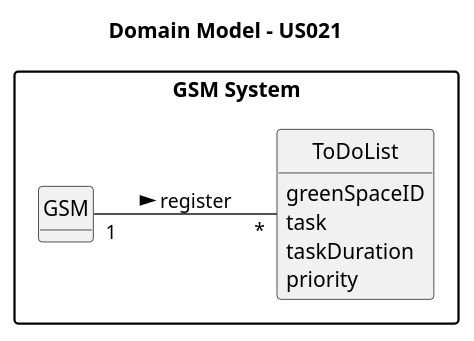
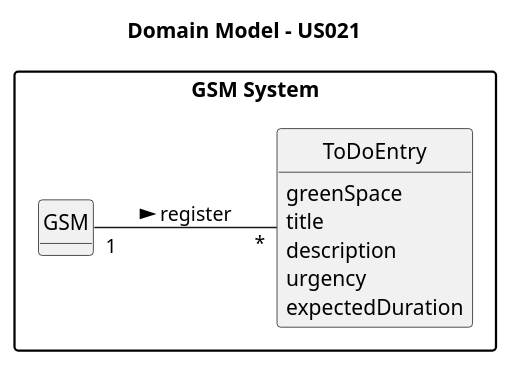
The diagram in docs/sprintC/us021/02.analysis/puml/us021-domain-model.puml (SAEmanuel/Green_Spaces_Management_ISEP), drawn with PlantUML before and after one commit. The commit also changed 1 other file, not shown here.

```diff
--- a/docs/sprintC/us021/02.analysis/puml/us021-domain-model.puml
+++ b/docs/sprintC/us021/02.analysis/puml/us021-domain-model.puml
@@ -1,38 +1,36 @@
 @startuml
 skinparam monochrome true
 skinparam packageStyle rectangle
 skinparam shadowing false
 
 left to right direction
 
 skinparam classAttributeIconSize 0
 
 hide circle
 hide methods
 package "GSM System" {
 
 title Domain Model - US021
 
 
 
 class GSM {
 }
 
-class ToDoList {
-         greenSpaceID
-         task
-         taskDuration
-         priority
+class ToDoEntry {
+         greenSpace
+         title
+         description
+         urgency
+         expectedDuration
 }
 
 
-
-
-
-GSM "1" -- "*" ToDoList : register >
+GSM "1" -- "*" ToDoEntry : register >
 
 
 
 
 
 @enduml
```
